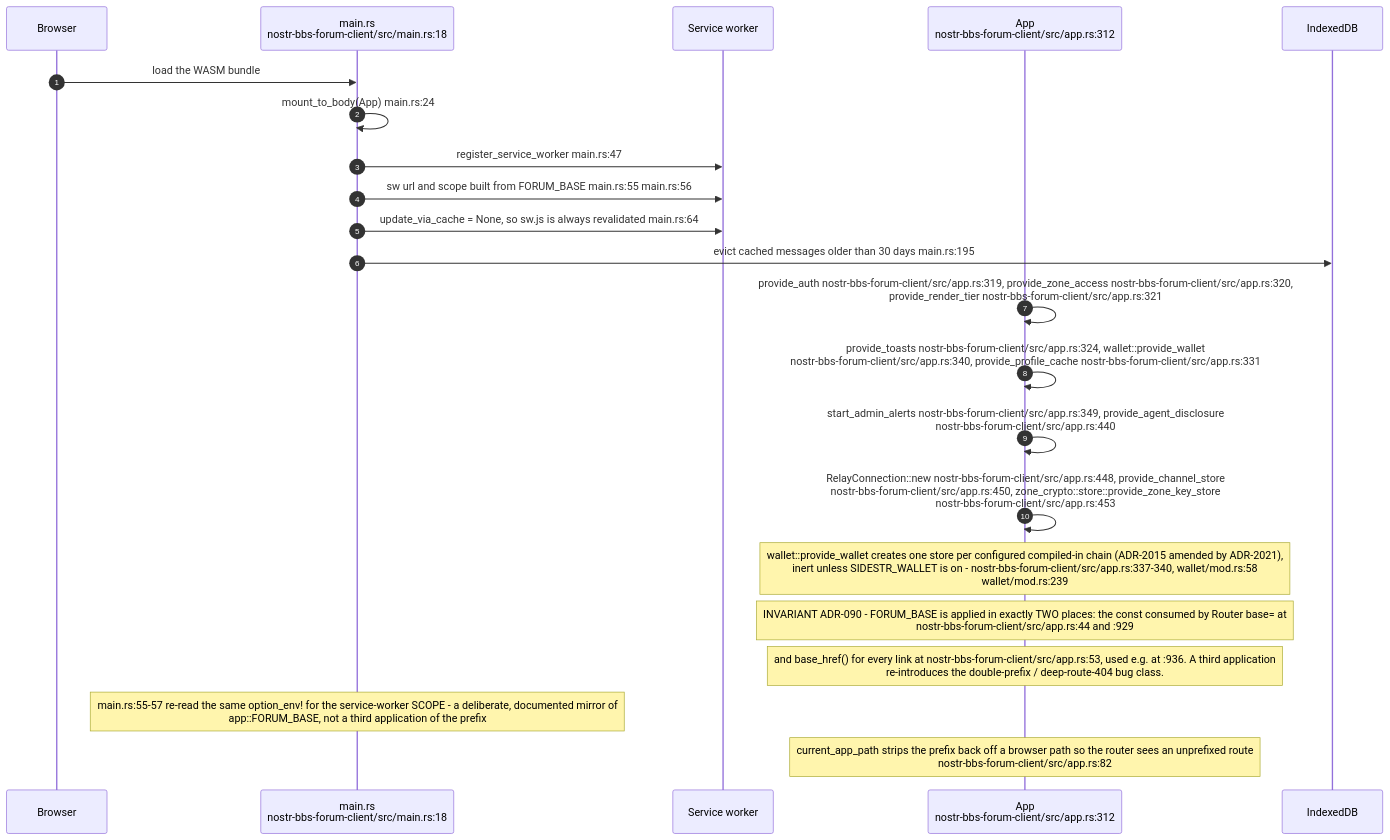
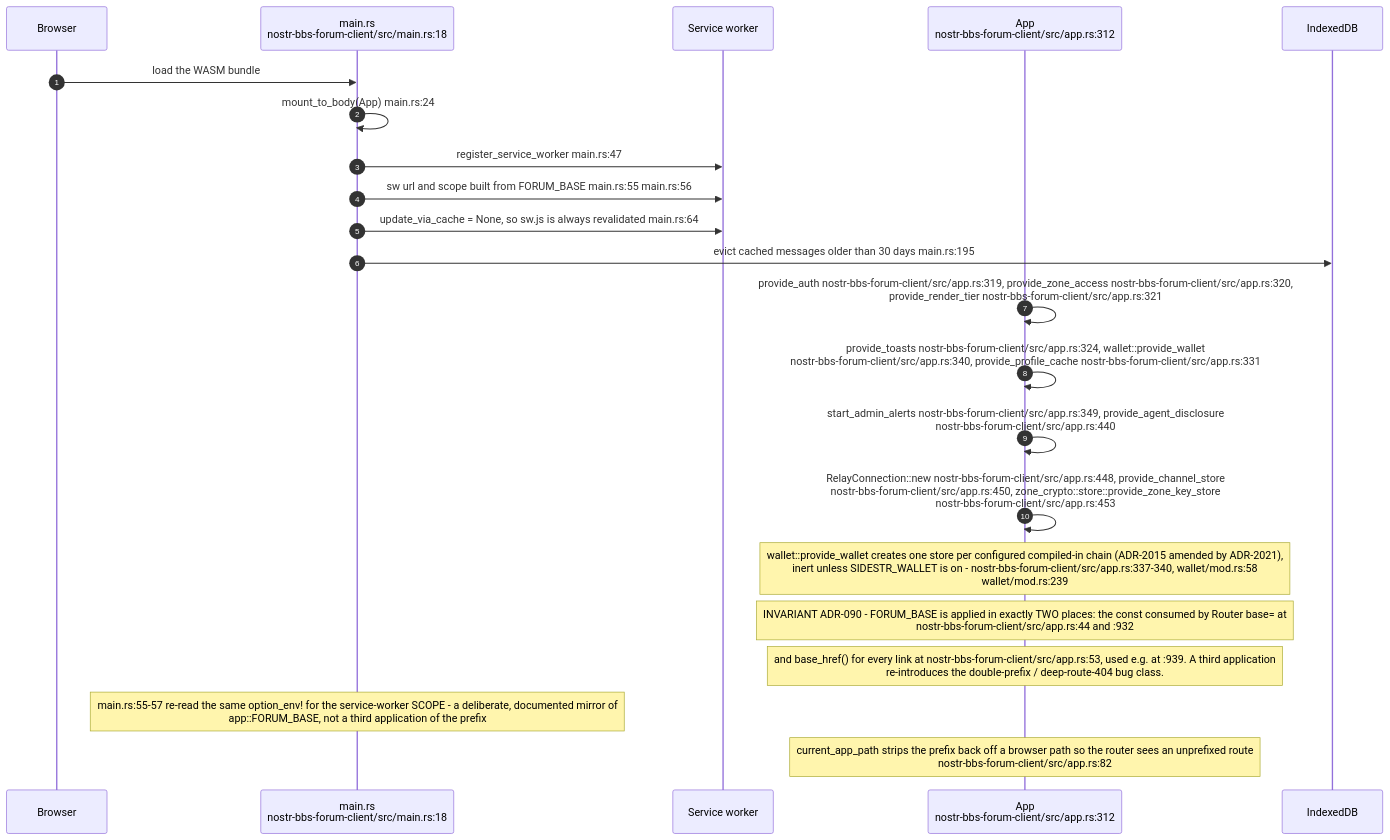
Before and after one commit to DreamLab-AI/VisionFlow: the first of 8 diagrams in docs/diagrams/nostr-rust-forum/05-leptos-clients-onboarding-messaging-governance.md, drawn with Mermaid. The commit also changed other lines of this file and 23 other files, not shown here.

First line of the commit message:
docs(diagrams): pass C nostr-rust-forum area re-verified at de31aaa

````diff
--- a/docs/diagrams/nostr-rust-forum/05-leptos-clients-onboarding-messaging-governance.md
+++ b/docs/diagrams/nostr-rust-forum/05-leptos-clients-onboarding-messaging-governance.md
@@ -85,26 +85,26 @@
 ```mermaid
 sequenceDiagram
     autonumber
     participant B as Browser
     participant M as main.rs<br/>nostr-bbs-forum-client/src/main.rs:18
     participant SW as Service worker
     participant A as App<br/>nostr-bbs-forum-client/src/app.rs:312
     participant DB as IndexedDB
 
     B->>M: load the WASM bundle
     M->>M: mount_to_body(App) main.rs:24
     M->>SW: register_service_worker main.rs:47
     M->>SW: sw url and scope built from FORUM_BASE main.rs:55 main.rs:56
     M->>SW: update_via_cache = None, so sw.js is always revalidated main.rs:64
     M->>DB: evict cached messages older than 30 days main.rs:195
     A->>A: provide_auth nostr-bbs-forum-client/src/app.rs:319, provide_zone_access nostr-bbs-forum-client/src/app.rs:320,<br/>provide_render_tier nostr-bbs-forum-client/src/app.rs:321
     A->>A: provide_toasts nostr-bbs-forum-client/src/app.rs:324, wallet::provide_wallet<br/>nostr-bbs-forum-client/src/app.rs:340, provide_profile_cache nostr-bbs-forum-client/src/app.rs:331
     A->>A: start_admin_alerts nostr-bbs-forum-client/src/app.rs:349, provide_agent_disclosure<br/>nostr-bbs-forum-client/src/app.rs:440
     A->>A: RelayConnection::new nostr-bbs-forum-client/src/app.rs:448, provide_channel_store<br/>nostr-bbs-forum-client/src/app.rs:450, zone_crypto::store::provide_zone_key_store<br/>nostr-bbs-forum-client/src/app.rs:453
 
     Note over A: wallet::provide_wallet creates one store per configured compiled-in chain (ADR-2015 amended by ADR-2021),<br/>inert unless SIDESTR_WALLET is on - nostr-bbs-forum-client/src/app.rs:337-340, wallet/mod.rs:58<br/>wallet/mod.rs:239
-    Note over A: INVARIANT ADR-090 - FORUM_BASE is applied in exactly TWO places: the const consumed by Router base= at<br/>nostr-bbs-forum-client/src/app.rs:44 and :929
-    Note over A: and base_href() for every link at nostr-bbs-forum-client/src/app.rs:53, used e.g. at :936. A third application<br/>re-introduces the double-prefix / deep-route-404 bug class.
+    Note over A: INVARIANT ADR-090 - FORUM_BASE is applied in exactly TWO places: the const consumed by Router base= at<br/>nostr-bbs-forum-client/src/app.rs:44 and :932
+    Note over A: and base_href() for every link at nostr-bbs-forum-client/src/app.rs:53, used e.g. at :939. A third application<br/>re-introduces the double-prefix / deep-route-404 bug class.
     Note over M: main.rs:55-57 re-read the same option_env! for the service-worker SCOPE - a deliberate, documented mirror of<br/>app::FORUM_BASE, not a third application of the prefix
     Note over A: current_app_path strips the prefix back off a browser path so the router sees an unprefixed route<br/>nostr-bbs-forum-client/src/app.rs:82
 ```
````
